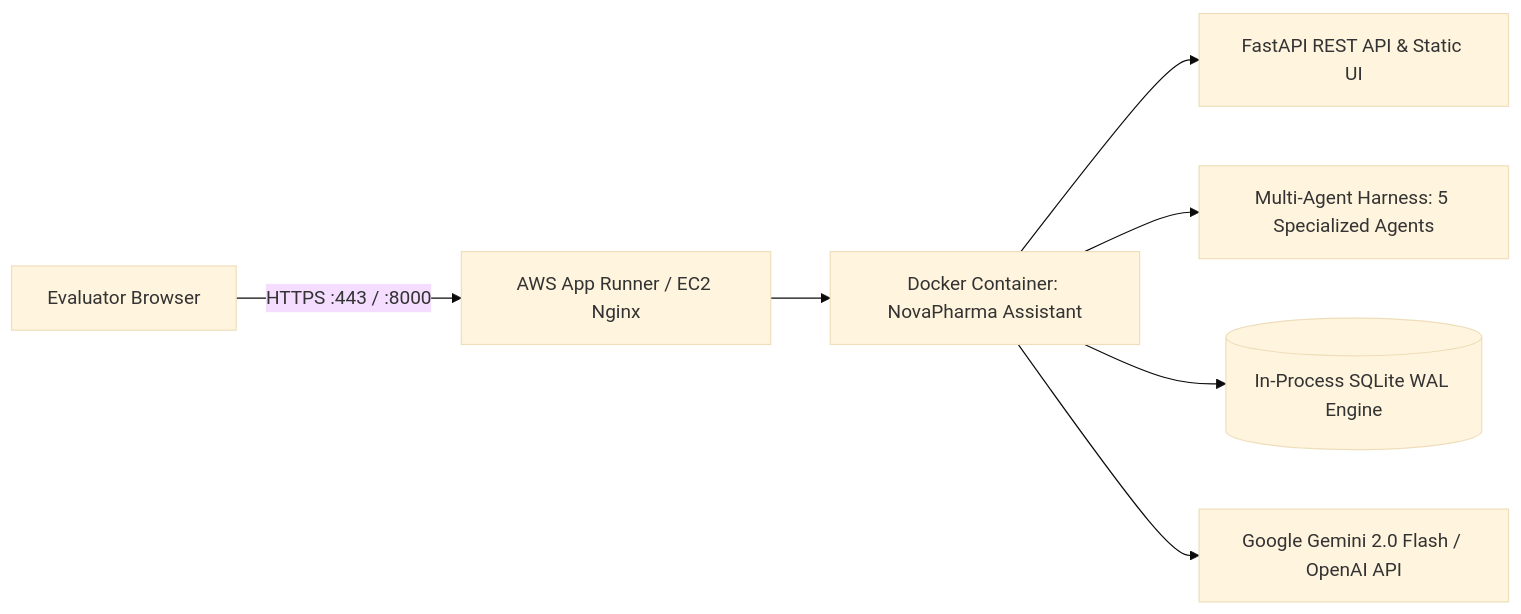
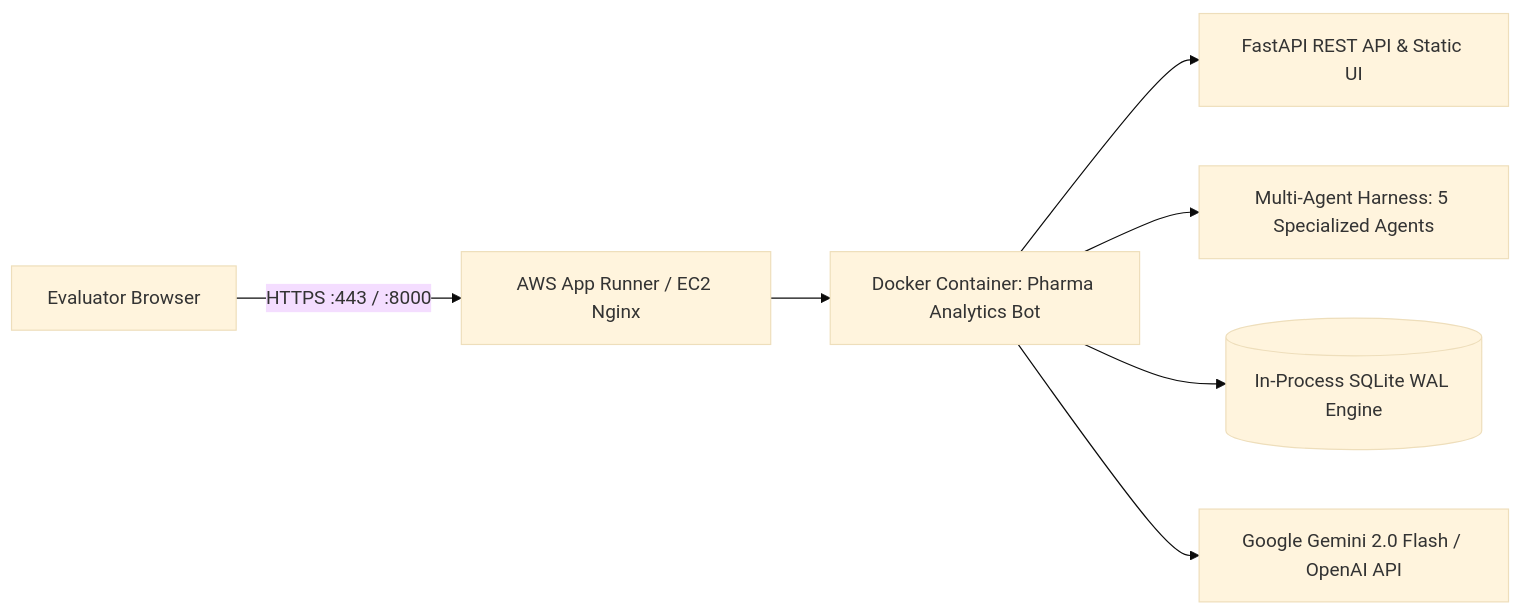
One commit to Vishwas27/pharma-nl2sql-chatbot changed the diagram in DEPLOYMENT_AWS.md. Above: the diagram before and after it, drawn with Mermaid (base theme). The commit also changed other lines of this file and 8 other files, not shown here.

Commit message:
feat(branding): generalize platform to Pharma Analytics Bot for multi-source enterprise datasets

````diff
--- a/DEPLOYMENT_AWS.md
+++ b/DEPLOYMENT_AWS.md
@@ -9,9 +9,9 @@
 ```mermaid
 flowchart LR
     User[Evaluator Browser] -->|HTTPS :443 / :8000| ALB[AWS App Runner / EC2 Nginx]
-    ALB --> Container[Docker Container: NovaPharma Assistant]
+    ALB --> Container[Docker Container: Pharma Analytics Bot]
     Container --> FastAPI[FastAPI REST API & Static UI]
     Container --> Agents[Multi-Agent Harness: 5 Specialized Agents]
     Container --> SQLite[(In-Process SQLite WAL Engine)]
     Container --> LLM[Google Gemini 2.0 Flash / OpenAI API]
 ```
````
